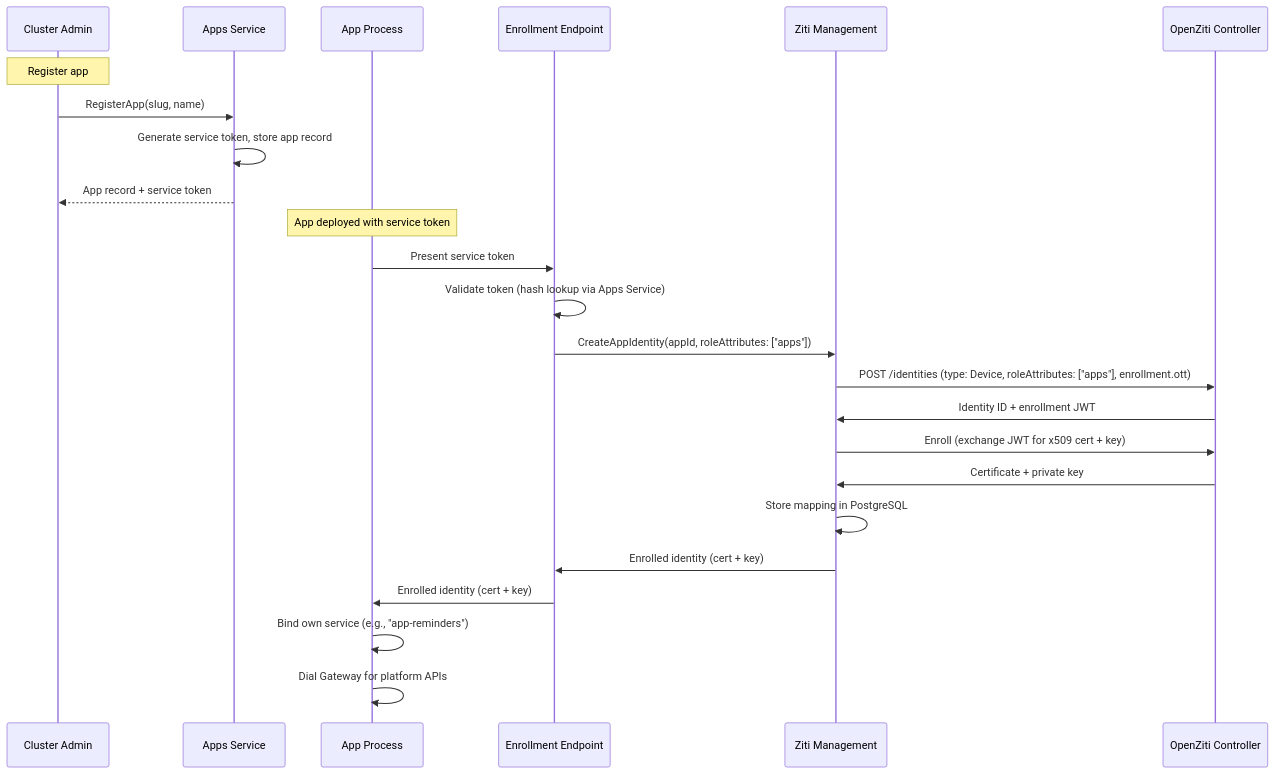
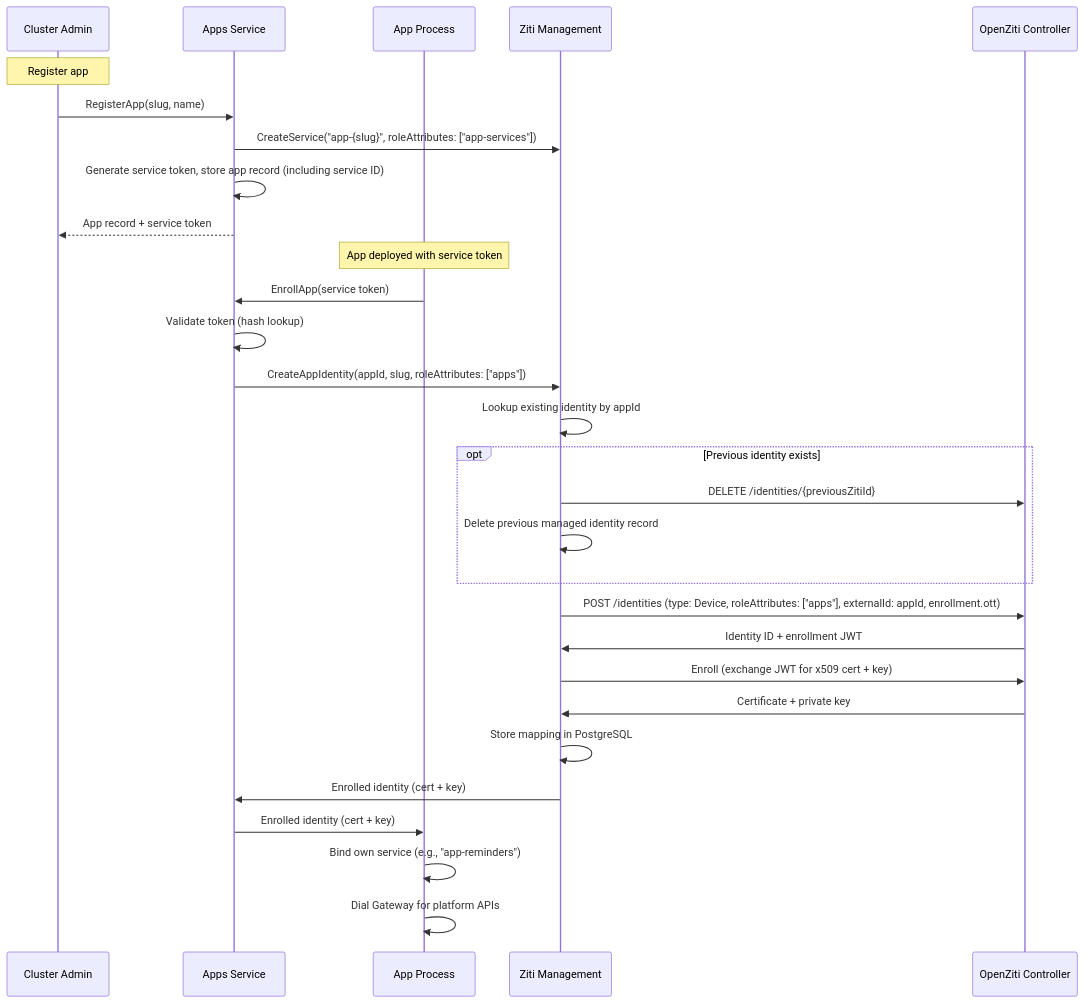
One commit to agynio/architecture changed the fifth of 5 diagrams in architecture/openziti.md. Above: the diagram before and after it, drawn with Mermaid. The commit also changed other lines of this file and 6 other files, not shown here.

````diff
--- a/architecture/openziti.md
+++ b/architecture/openziti.md
@@ -427,28 +433,33 @@
 ```mermaid
 sequenceDiagram
     participant Admin as Cluster Admin
     participant AS as Apps Service
     participant App as App Process
-    participant EP as Enrollment Endpoint
     participant ZM as Ziti Management
     participant ZC as OpenZiti Controller
 
     Note over Admin: Register app
     Admin->>AS: RegisterApp(slug, name)
-    AS->>AS: Generate service token, store app record
+    AS->>ZM: CreateService("app-{slug}", roleAttributes: ["app-services"])
+    AS->>AS: Generate service token, store app record (including service ID)
     AS-->>Admin: App record + service token
 
     Note over App: App deployed with service token
-    App->>EP: Present service token
-    EP->>EP: Validate token (hash lookup via Apps Service)
-    EP->>ZM: CreateAppIdentity(appId, roleAttributes: ["apps"])
-    ZM->>ZC: POST /identities (type: Device, roleAttributes: ["apps"], enrollment.ott)
+    App->>AS: EnrollApp(service token)
+    AS->>AS: Validate token (hash lookup)
+    AS->>ZM: CreateAppIdentity(appId, slug, roleAttributes: ["apps"])
+    ZM->>ZM: Lookup existing identity by appId
+    opt Previous identity exists
+        ZM->>ZC: DELETE /identities/{previousZitiId}
+        ZM->>ZM: Delete previous managed identity record
+    end
+    ZM->>ZC: POST /identities (type: Device, roleAttributes: ["apps"], externalId: appId, enrollment.ott)
     ZC->>ZM: Identity ID + enrollment JWT
     ZM->>ZC: Enroll (exchange JWT for x509 cert + key)
     ZC->>ZM: Certificate + private key
     ZM->>ZM: Store mapping in PostgreSQL
-    ZM->>EP: Enrolled identity (cert + key)
-    EP->>App: Enrolled identity (cert + key)
+    ZM->>AS: Enrolled identity (cert + key)
+    AS->>App: Enrolled identity (cert + key)
     App->>App: Bind own service (e.g., "app-reminders")
     App->>App: Dial Gateway for platform APIs
 ```
````
